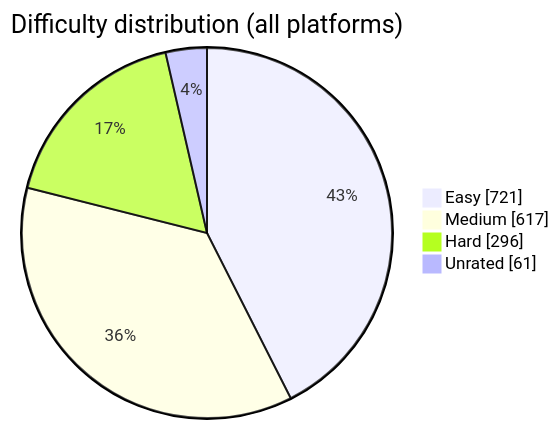
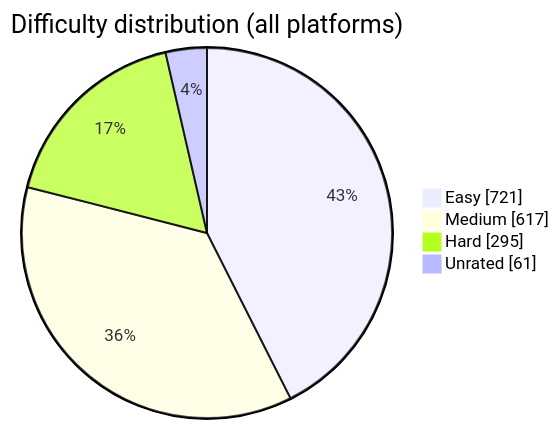
Before and after one commit to BuildbyArindam/Daily-Coding-Log: the diagram in README.md, drawn with Mermaid. The commit also changed other lines of this file, not shown here.

````diff
--- a/README.md
+++ b/README.md
@@ -93,7 +93,7 @@
 ```mermaid
 pie showData title Difficulty distribution (all platforms)
     "Easy" : 721
     "Medium" : 617
-    "Hard" : 296
+    "Hard" : 295
     "Unrated" : 61
 ```
````
